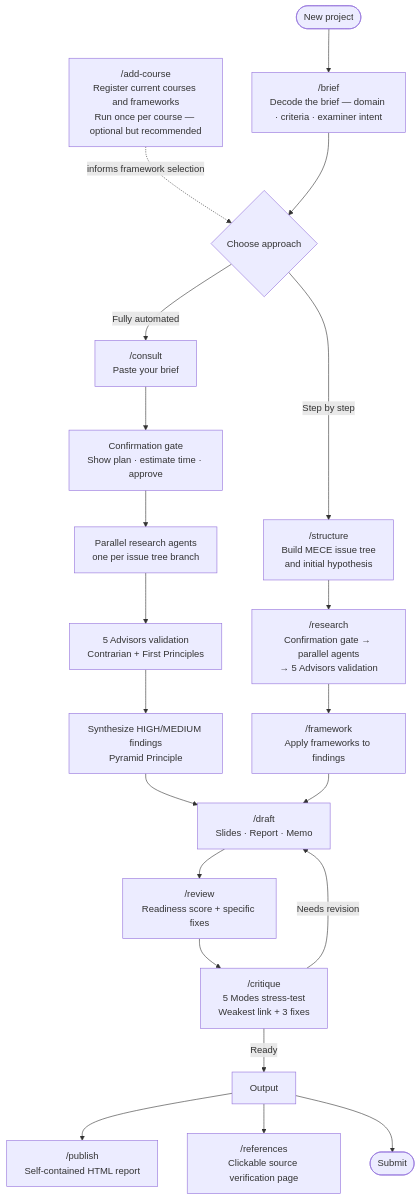
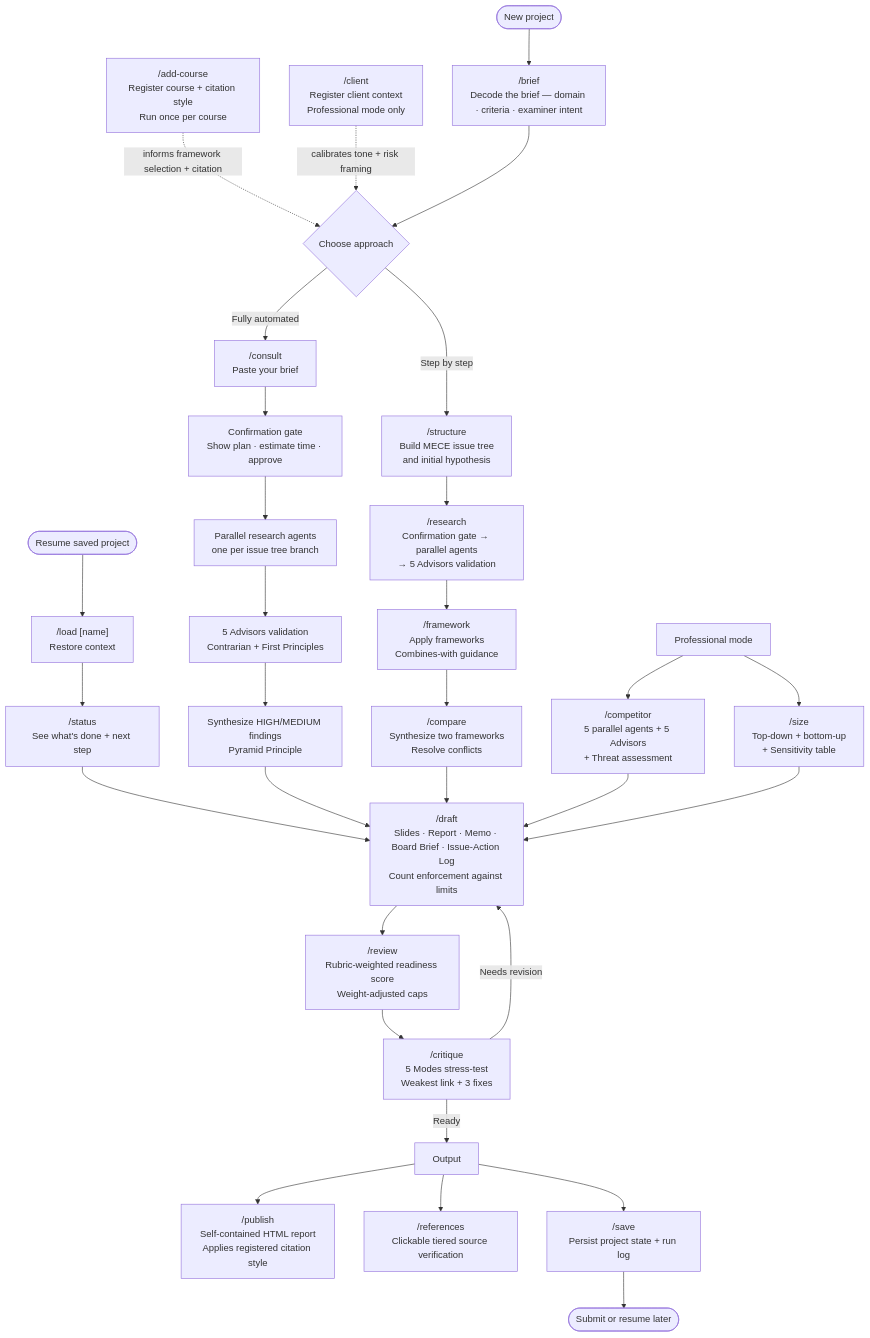
The diagram in README.md (cassieyue/consultant-ai), drawn with Mermaid before and after one commit. The commit also changed other lines of this file and 1 other file, not shown here.

````diff
--- a/README.md
+++ b/README.md
@@ -202,31 +322,44 @@
 ```mermaid
 flowchart TD
-    Setup["/add-course\nRegister current courses and frameworks\nRun once per course — optional but recommended"]
-    Setup -.->|informs framework selection| C
+    Setup1["/add-course\nRegister course + citation style\nRun once per course"]
+    Setup2["/client\nRegister client context\nProfessional mode only"]
+    Setup1 -.->|informs framework selection + citation| C
+    Setup2 -.->|calibrates tone + risk framing| C
+
+    Resume([Resume saved project]) --> L["/load [name]\nRestore context"]
+    L --> ST["/status\nSee what's done + next step"]
+    ST --> F
 
     A([New project]) --> B["/brief\nDecode the brief — domain · criteria · examiner intent"]
     B --> C{Choose approach}
 
     C -->|Fully automated| D["/consult\nPaste your brief"]
     C -->|Step by step| E["/structure\nBuild MECE issue tree\nand initial hypothesis"]
 
     D --> D1[Confirmation gate\nShow plan · estimate time · approve]
     D1 --> D2[Parallel research agents\none per issue tree branch]
     D2 --> D3[5 Advisors validation\nContrarian + First Principles]
     D3 --> D4[Synthesize HIGH/MEDIUM findings\nPyramid Principle]
     D4 --> F
 
     E --> E1["/research\nConfirmation gate → parallel agents\n→ 5 Advisors validation"]
-    E1 --> E2["/framework\nApply frameworks to findings"]
-    E2 --> F
+    E1 --> E2["/framework\nApply frameworks\nCombines-with guidance"]
+    E2 --> CMP["/compare\nSynthesize two frameworks\nResolve conflicts"]
+    CMP --> F
 
-    F["/draft\nSlides · Report · Memo"]
-    F --> G["/review\nReadiness score + specific fixes"]
+    F["/draft\nSlides · Report · Memo · Board Brief · Issue-Action Log\nCount enforcement against limits"]
+    F --> G["/review\nRubric-weighted readiness score\nWeight-adjusted caps"]
     G --> GC["/critique\n5 Modes stress-test\nWeakest link + 3 fixes"]
     GC -->|Needs revision| F
     GC -->|Ready| OUT[Output]
 
-    OUT --> P["/publish\nSelf-contained HTML report"]
-    OUT --> R["/references\nClickable source verification page"]
-    OUT --> S([Submit])
+    OUT --> P["/publish\nSelf-contained HTML report\nApplies registered citation style"]
+    OUT --> R["/references\nClickable tiered source verification"]
+    OUT --> SAV["/save\nPersist project state + run log"]
+    SAV --> S([Submit or resume later])
+
+    PROF["Professional mode"] --> COMP["/competitor\n5 parallel agents + 5 Advisors\n+ Threat assessment"]
+    PROF --> SZ["/size\nTop-down + bottom-up\n+ Sensitivity table"]
+    COMP --> F
+    SZ --> F
 ```
````
